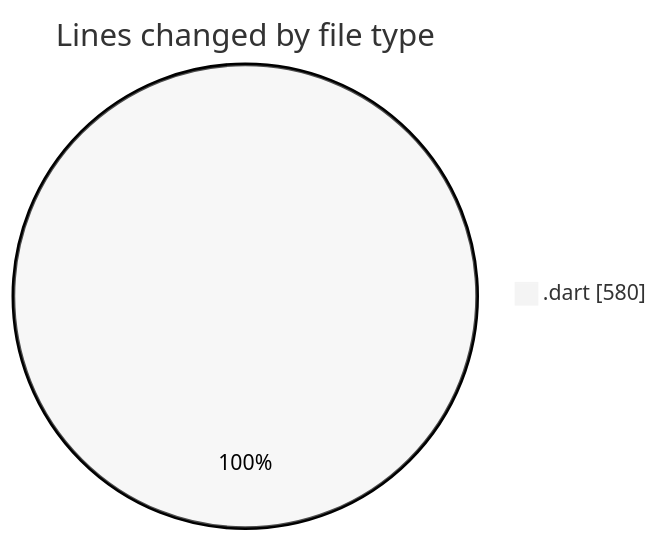
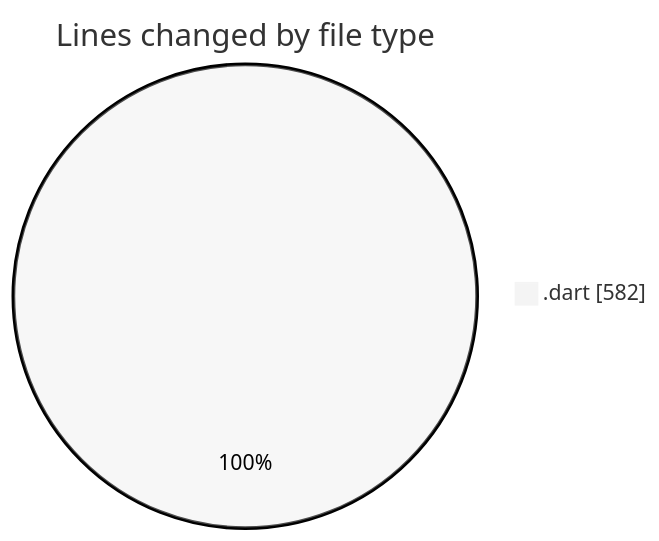
Before and after one commit to donsfak/code-tracking: the first of 2 diagrams in 2025-01-14/trackers_app/README.md, drawn with Mermaid (neutral theme). The commit also changed other lines of this file and 1 other file, not shown here.

````diff
--- a/2025-01-14/trackers_app/README.md
+++ b/2025-01-14/trackers_app/README.md
@@ -28,5 +28,5 @@
 ```mermaid
 pie showData
 title Lines changed by file type
-".dart" : 580
+".dart" : 582
 ```
````
